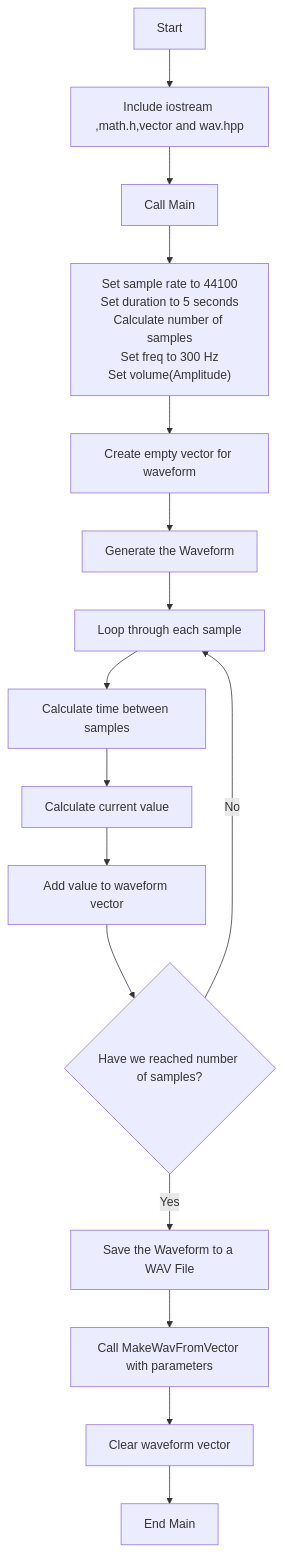
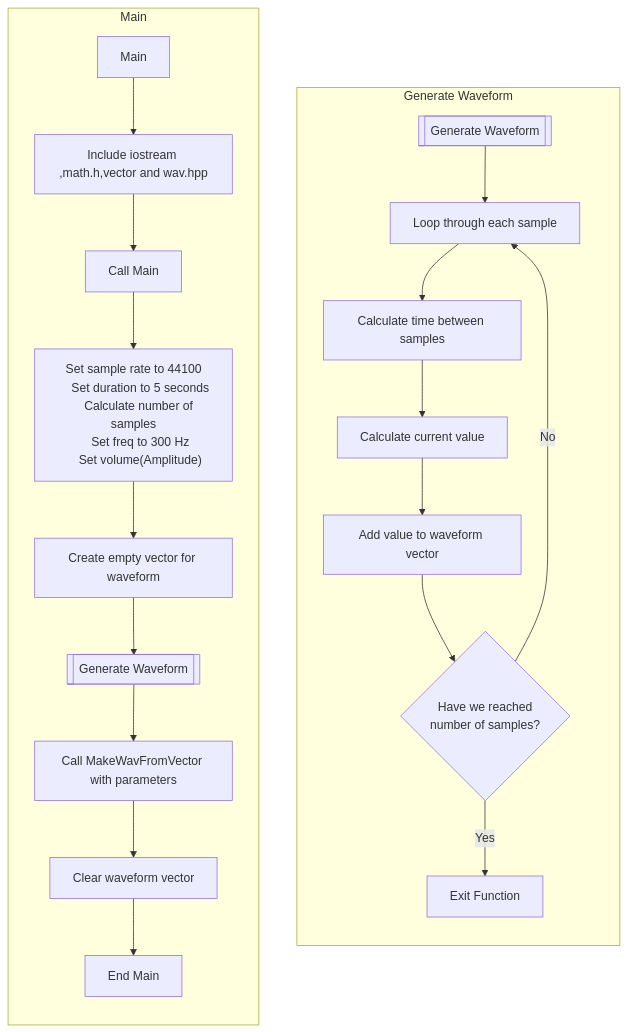
The diagram in theGPToutput.md (brolonium210/ENGR101_MD), drawn with Mermaid before and after one commit.

````diff
--- a/theGPToutput.md
+++ b/theGPToutput.md
@@ -1,22 +1,31 @@
 ```mermaid
-    graph TD
-    A[Start] --> B["Include iostream ,math.h,vector and wav.hpp"]
-    B --> C[Call Main]
-    C -->D["Set sample rate to 44100
-Set duration to 5 seconds
-Calculate number of samples
-Set freq to 300 Hz
-Set volume(Amplitude)"]
+        graph
+
+    subgraph Generate Waveform
+        direction TB
+        BJ[[Generate Waveform]] --> BK[Loop through each sample]
+        BK --> BL[Calculate time between samples]
+        BL --> BM[Calculate current value]
+        BM --> BN[Add value to waveform vector]
+        BN --> BO{"Have we reached 
+        number of samples?"}
+        BO -->|Yes| BP[Exit Function]
+        BO -->|No| BK
+    end
+
+    subgraph Main
+        direction TB
+        A[Main] --> B["Include iostream ,math.h,vector and wav.hpp"]
+        B --> C[Call Main]
+        C -->D["Set sample rate to 44100
+        Set duration to 5 seconds
+        Calculate number of samples
+        Set freq to 300 Hz
+        Set volume(Amplitude)"]
     D --> G[Create empty vector for waveform]
-    G --> J[Generate the Waveform]
-    J --> K[Loop through each sample]
-    K --> L[Calculate time between samples]
-    L --> M[Calculate current value]
-    M --> N[Add value to waveform vector]
-    N --> O{Have we reached number of samples?}
-    O -->|Yes| P[Save the Waveform to a WAV File]
-    O -->|No| K
-    P --> R[Call MakeWavFromVector with parameters]
+    G --> J[[Generate Waveform]]
+    J --> R[Call MakeWavFromVector with parameters]
     R --> S[Clear waveform vector]
     S --> T[End Main]
+    end
 ```
````
